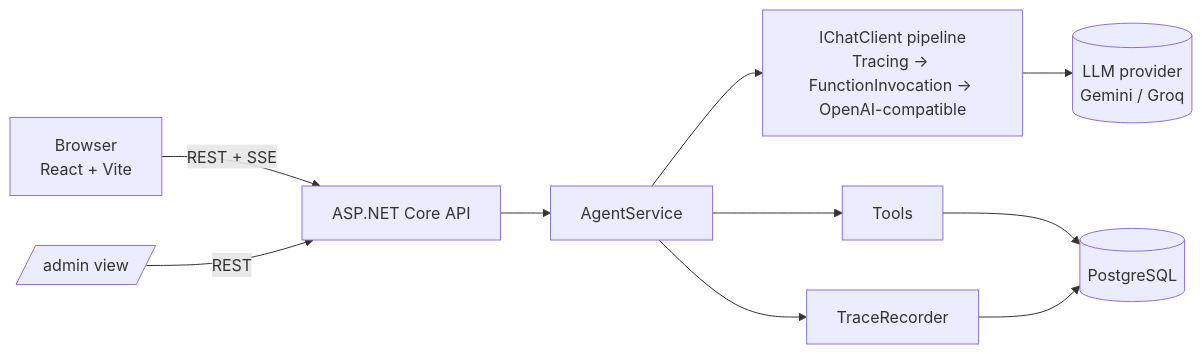
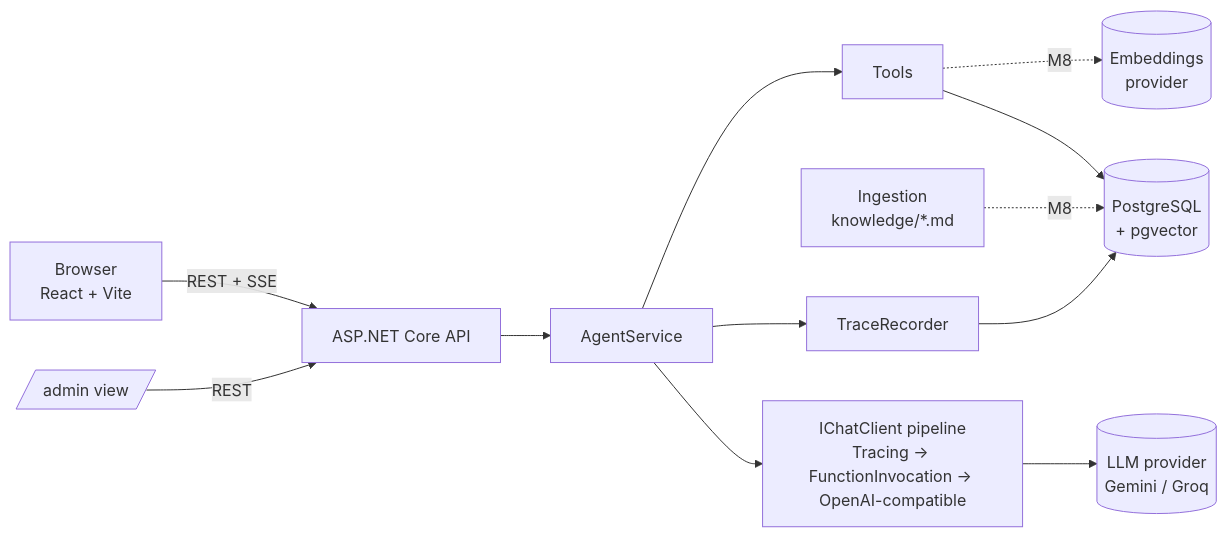
Before and after one commit to agustinrojas1/ai-chatbot-dotnet-react: the diagram in SPEC.md, drawn with Mermaid. The commit also changed other lines of this file and 139 other files, not shown here.

Commit message:
M8: RAG knowledge base (pgvector, hybrid retrieval, tool, Retrieval trace), docs, trace card, RAG evals

````diff
--- a/SPEC.md
+++ b/SPEC.md
@@ -78,12 +81,14 @@
 ```mermaid
 flowchart LR
   U[Browser<br/>React + Vite] -- REST + SSE --> API[ASP.NET Core API]
   API --> AG[AgentService]
   AG --> CC[IChatClient pipeline<br/>Tracing → FunctionInvocation → OpenAI-compatible]
   CC --> LLM[(LLM provider<br/>Gemini / Groq)]
   AG --> T[Tools]
-  T --> DB[(PostgreSQL)]
+  T --> DB[(PostgreSQL<br/>+ pgvector)]
+  T -. M8 .-> EMB[(Embeddings<br/>provider)]
+  ING[Ingestion<br/>knowledge/*.md] -. M8 .-> DB
   AG --> TR[TraceRecorder]
   TR --> DB
   ADM[/admin view/] -- REST --> API
 ```
````
